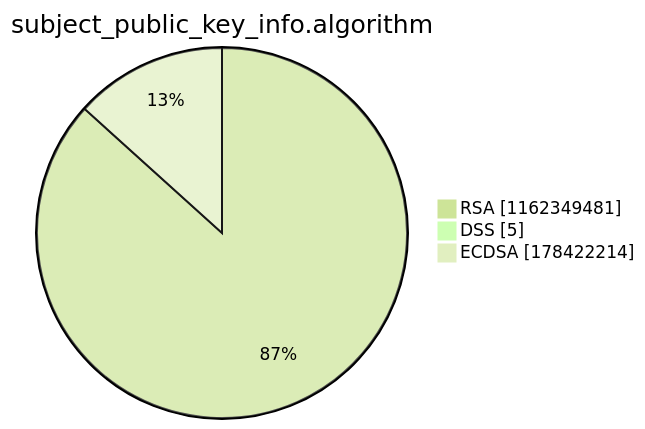
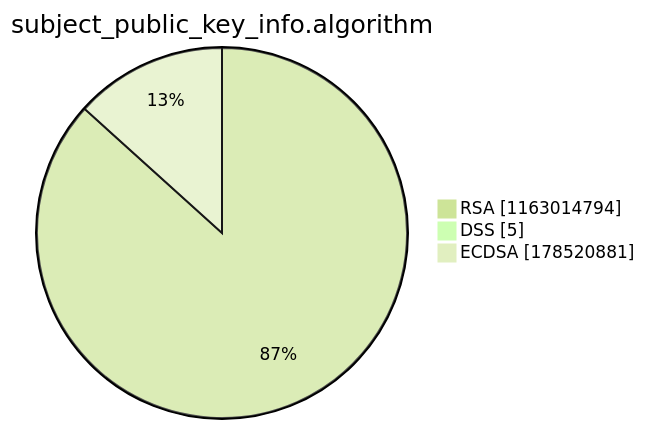
Before and after one commit to christiankrug/ctmonitor_visualization: the third of 15 diagrams in argon2022/README.md, drawn with Mermaid (forest theme). The commit also changed other lines of this file, not shown here.

````diff
--- a/argon2022/README.md
+++ b/argon2022/README.md
@@ -14,7 +14,7 @@
 ```mermaid
 pie showData
 title subject_public_key_info.algorithm
-"RSA" :1162349481
+"RSA" :1163014794
 "DSS" :5
-"ECDSA" :178422214
+"ECDSA" :178520881
 ```
````
